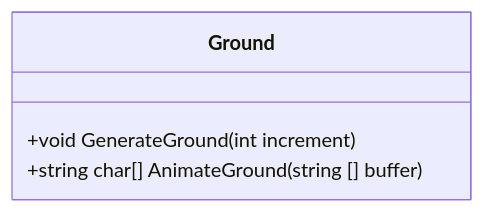
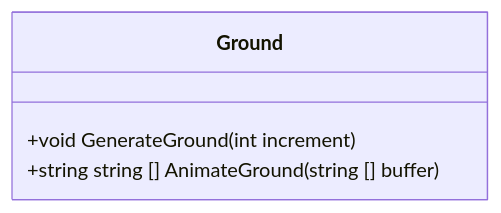
Before and after one commit to NexusWeave/MVP-FlappyBird-cs: the sixth of 7 diagrams in dokumentasjon/diagram/klasse-diagram.md, drawn with Mermaid. The commit also changed other lines of this file, not shown here.

Commit message:
Fix return types in Ground and Pipe classes for consistency

````diff
--- a/dokumentasjon/diagram/klasse-diagram.md
+++ b/dokumentasjon/diagram/klasse-diagram.md
@@ -87,9 +87,9 @@
 ```mermaid
     classDiagram
         direction TD
 
         class Ground {
             +void GenerateGround(int increment)
-            +string char[] AnimateGround(string [] buffer)
+            +string string [] AnimateGround(string [] buffer)
         }
 ```
````
